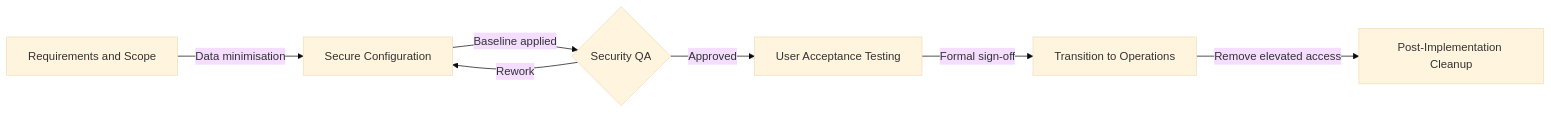
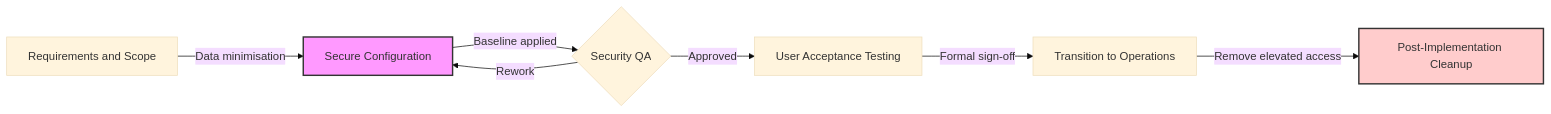
The diagram in topics/secure-implementation-hub/README.md (oge-n-sudo/grc-lab), drawn with Mermaid (base theme) before and after one commit. The commit also changed other lines of this file, not shown here.

Commit message:
Update secure-implementation-hub README

````diff
--- a/topics/secure-implementation-hub/README.md
+++ b/topics/secure-implementation-hub/README.md
@@ -16,9 +16,12 @@
 ```mermaid
 graph LR
     Req[Requirements and Scope] -->|Data minimisation| Config[Secure Configuration]
     Config -->|Baseline applied| QA{Security QA}
     QA -->|Rework| Config
     QA -->|Approved| UAT[User Acceptance Testing]
     UAT -->|Formal sign-off| Live[Transition to Operations]
     Live -->|Remove elevated access| Clean[Post-Implementation Cleanup]
+
+    style Config fill:#f9f,stroke:#333,stroke-width:2px
+    style Clean fill:#ffcccc,stroke:#333,stroke-width:2px
 ```
````
